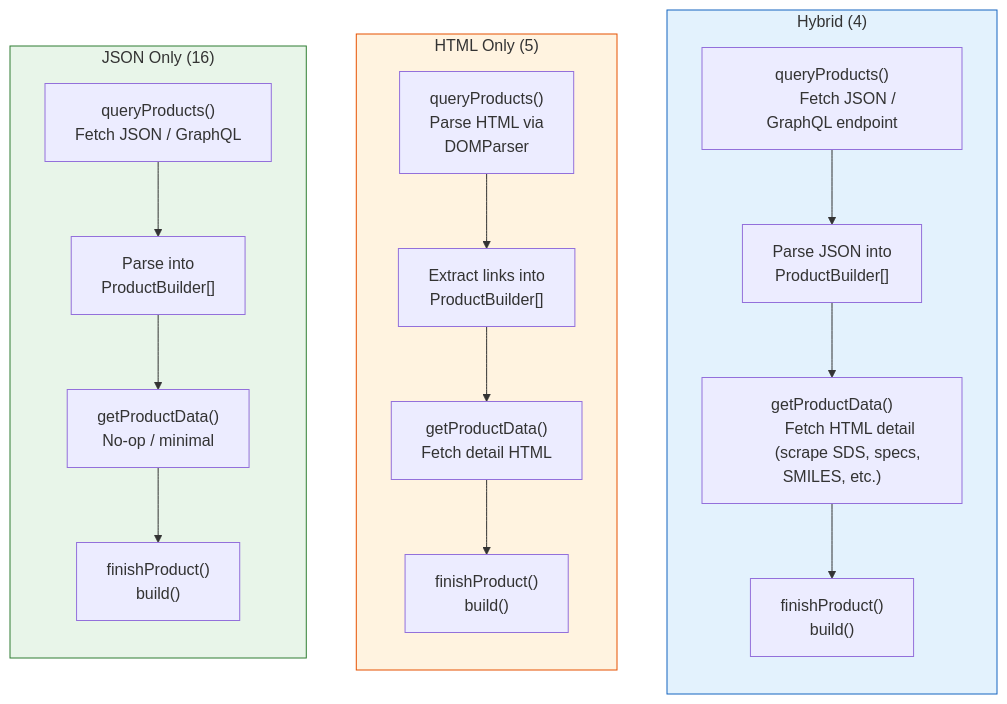
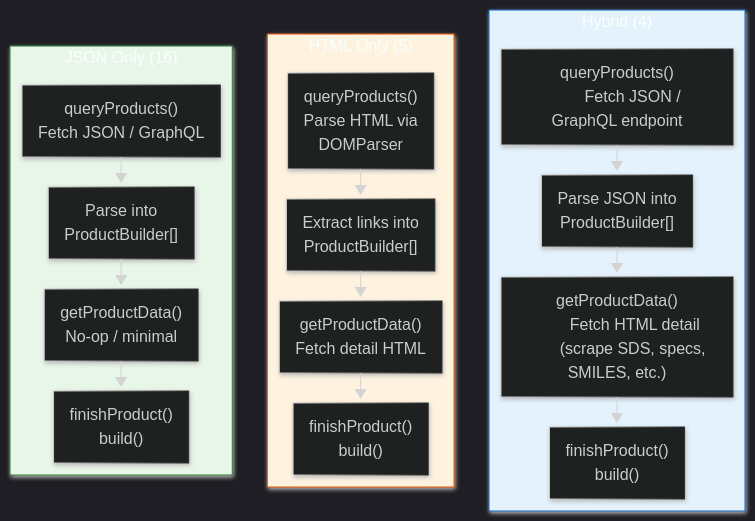
The third of 5 diagrams in pages/diagrams/supplier-lifecycle.md (jhyland87/chem-pal), drawn with Mermaid before and after one commit. The commit also changed other lines of this file and 3 other files, not shown here.

````diff
--- a/pages/diagrams/supplier-lifecycle.md
+++ b/pages/diagrams/supplier-lifecycle.md
@@ -136,49 +151,62 @@
 ```mermaid
+---
+config:
+  layout: elk
+  htmlLabels: true
+  markdownAutoWrap: true
+  look: neo
+  theme: dark
+  elk:
+    mergeEdges: true
+    nodePlacementStrategy: BRANDES_KOEPF
+  flowchart:
+    curve: basis
+---
 flowchart LR
     subgraph JSON["JSON Only (16)"]
         direction TB
         J1["queryProducts()
         Fetch JSON / GraphQL"]
         J2["Parse into
         ProductBuilder[]"]
         J3["getProductData()
         No-op / minimal"]
         J4["finishProduct()
         build()"]
         J1 --> J2 --> J3 --> J4
     end
 
     subgraph HTML["HTML Only (5)"]
         direction TB
         H1["queryProducts()
         Parse HTML via
         DOMParser"]
         H2["Extract links into
         ProductBuilder[]"]
         H3["getProductData()
         Fetch detail HTML"]
         H4["finishProduct()
         build()"]
         H1 --> H2 --> H3 --> H4
     end
 
     subgraph Hybrid["Hybrid (4)"]
         direction TB
         HY1["queryProducts()
         Fetch JSON / GraphQL endpoint"]
         HY2["Parse JSON into
         ProductBuilder[]"]
         HY3["getProductData()
         Fetch HTML detail
         (scrape SDS, specs, SMILES, etc.)"]
         HY4["finishProduct()
         build()"]
         HY1 --> HY2 --> HY3 --> HY4
     end
 
     JSON ~~~ HTML ~~~ Hybrid
 
     style JSON fill:#e8f5e9,stroke:#2e7d32
     style HTML fill:#fff3e0,stroke:#e65100
     style Hybrid fill:#e3f2fd,stroke:#1565c0
 ```
````
